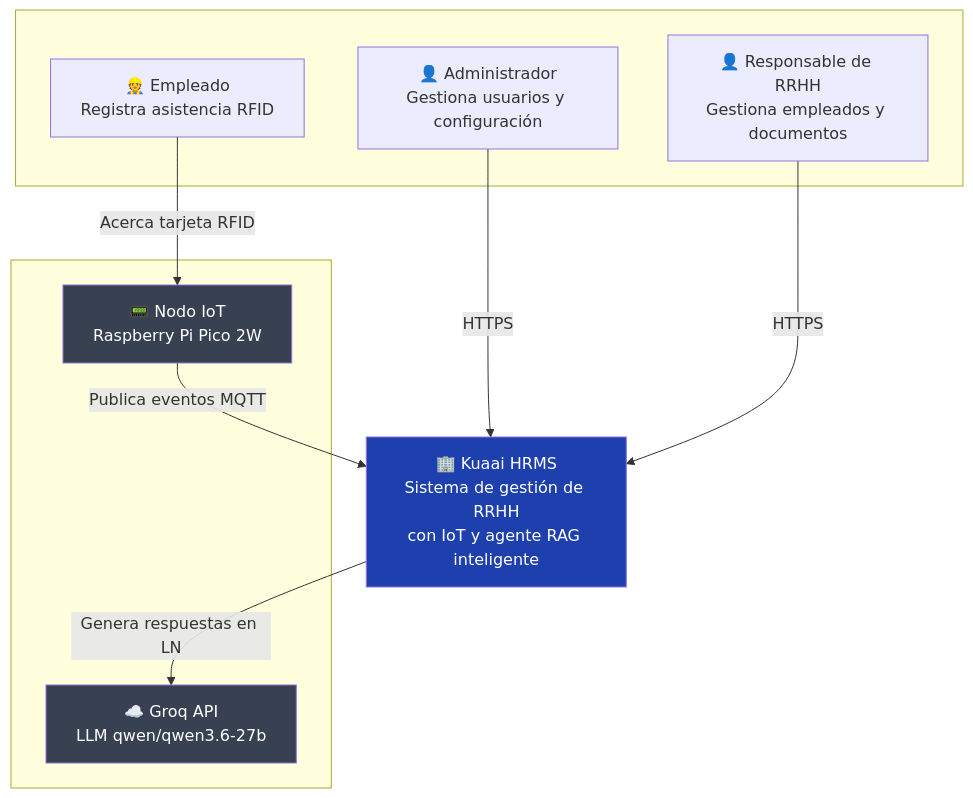
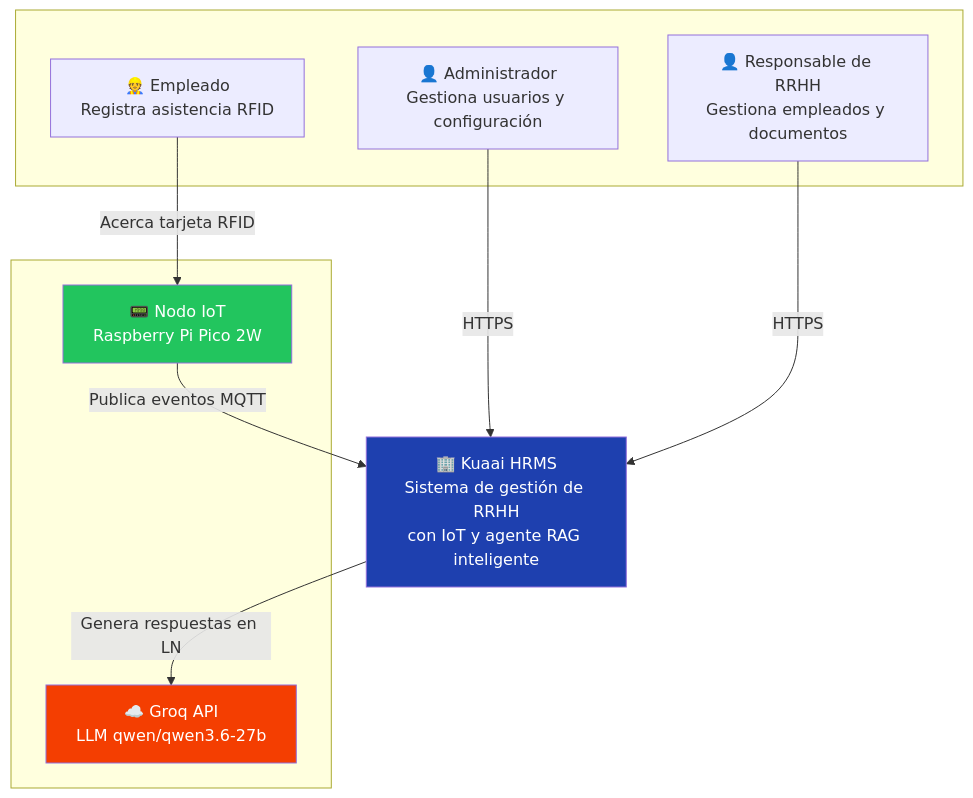
One commit to marianodr/kuaai-intelligent-hrms changed the first of 13 diagrams in ARCHITECTURE.md. Above: the diagram before and after it, drawn with Mermaid. The commit also changed other lines of this file, not shown here.

First line of the commit message:
docs: actualizar paleta de colores de los diagramas en ARCHITECTURE.md

````diff
--- a/ARCHITECTURE.md
+++ b/ARCHITECTURE.md
@@ -31,25 +31,25 @@
 ```mermaid
 graph TB
     subgraph USERS [" "]
         ADMIN["👤 Administrador\nGestiona usuarios y configuración"]
         RRHH["👤 Responsable de RRHH\nGestiona empleados y documentos"]
         EMP["👷 Empleado\nRegistra asistencia RFID"]
     end
 
     KUAAI["🏢 Kuaai HRMS\nSistema de gestión de RRHH\ncon IoT y agente RAG inteligente"]
 
     subgraph EXT [" "]
         GROQ["☁️ Groq API\nLLM qwen/qwen3.6-27b"]
         IOT_CTX["📟 Nodo IoT\nRaspberry Pi Pico 2W"]
     end
 
     ADMIN -->|"HTTPS"| KUAAI
     RRHH  -->|"HTTPS"| KUAAI
     EMP   -->|"Acerca tarjeta RFID"| IOT_CTX
     IOT_CTX -->|"Publica eventos MQTT"| KUAAI
     KUAAI -->|"Genera respuestas en LN"| GROQ
 
     style KUAAI fill:#1e40af,color:#fff
-    style GROQ  fill:#374151,color:#fff
-    style IOT_CTX fill:#374151,color:#fff
+    style GROQ  fill:#F43E01,color:#fff
+    style IOT_CTX fill:#22C55E,color:#fff
 ```
````
